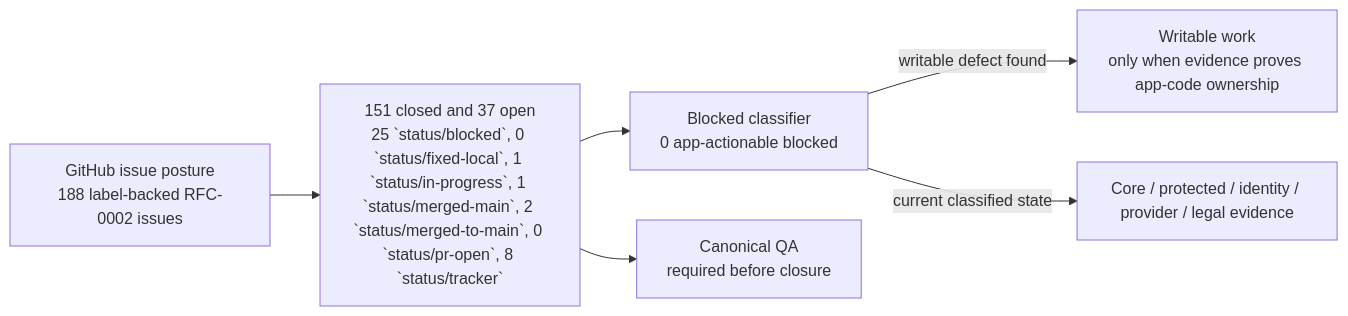
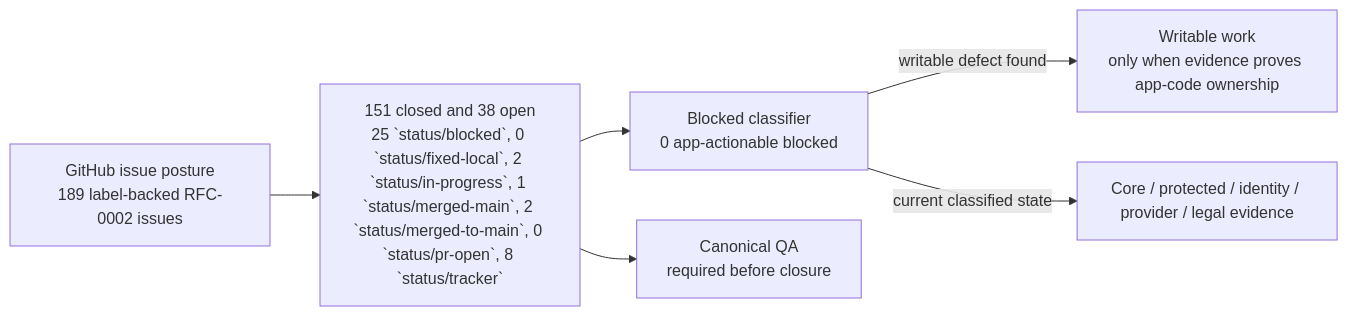
Before and after one commit to sgajbi/lotus-idea: the first of 2 diagrams in wiki/RFC-0002-Execution-Status.md, drawn with Mermaid. The commit also changed other lines of this file and 14 other files, not shown here.

````diff
--- a/wiki/RFC-0002-Execution-Status.md
+++ b/wiki/RFC-0002-Execution-Status.md
@@ -39,15 +39,15 @@
 ```mermaid
 flowchart LR
-    Issues["GitHub issue posture<br/>188 label-backed RFC-0002 issues"]
-    Open["151 closed and 37 open<br/>25 `status/blocked`, 0 `status/fixed-local`, 1 `status/in-progress`, 1 `status/merged-main`, 2 `status/merged-to-main`, 0 `status/pr-open`, 8 `status/tracker`"]
+    Issues["GitHub issue posture<br/>189 label-backed RFC-0002 issues"]
+    Open["151 closed and 38 open<br/>25 `status/blocked`, 0 `status/fixed-local`, 2 `status/in-progress`, 1 `status/merged-main`, 2 `status/merged-to-main`, 0 `status/pr-open`, 8 `status/tracker`"]
     Blocked["Blocked classifier<br/>0 app-actionable blocked"]
     Work["Writable work<br/>only when evidence proves app-code ownership"]
     External["Core / protected / identity / provider / legal evidence"]
     QA["Canonical QA<br/>required before closure"]
 
     Issues --> Open
     Open --> Blocked
     Blocked -->|"writable defect found"| Work
     Blocked -->|"current classified state"| External
     Open --> QA
 ```
````
